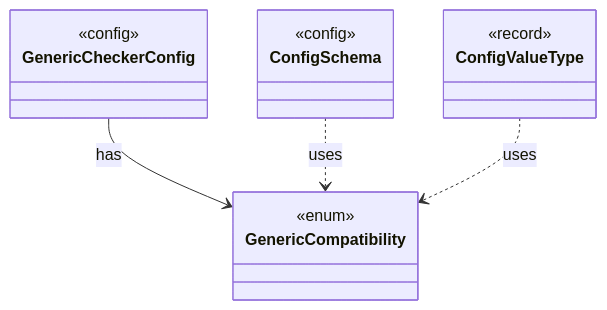
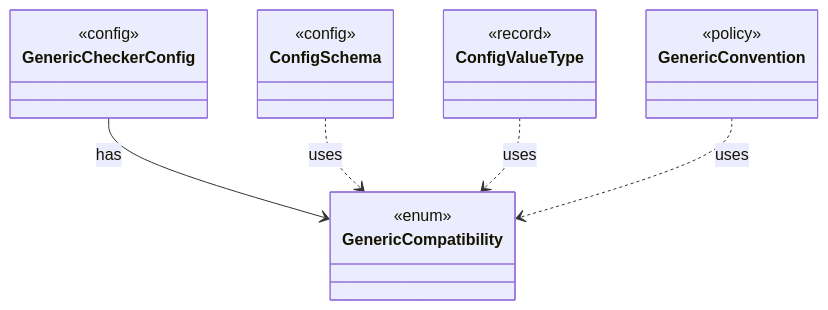
The diagram in dev/types/io.github.tlaplus.hardening.config.GenericCompatibility.md (tlaplus/model-checker-hardening), drawn with Mermaid before and after one commit. The commit also changed other lines of this file and 422 other files, not shown here.

````diff
--- a/dev/types/io.github.tlaplus.hardening.config.GenericCompatibility.md
+++ b/dev/types/io.github.tlaplus.hardening.config.GenericCompatibility.md
@@ -9,18 +9,22 @@
 ```mermaid
 classDiagram
   class GenericCompatibility {
     <<enum>>
   }
   class GenericCheckerConfig {
     <<config>>
   }
   class ConfigSchema {
     <<config>>
   }
   class ConfigValueType {
     <<record>>
   }
+  class GenericConvention {
+    <<policy>>
+  }
   GenericCheckerConfig --> GenericCompatibility : has
   ConfigSchema ..> GenericCompatibility : uses
   ConfigValueType ..> GenericCompatibility : uses
+  GenericConvention ..> GenericCompatibility : uses
 ```
````
